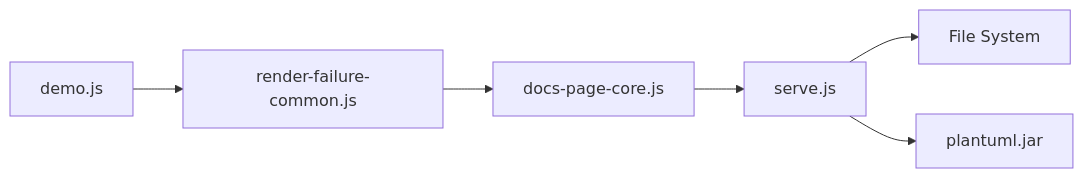
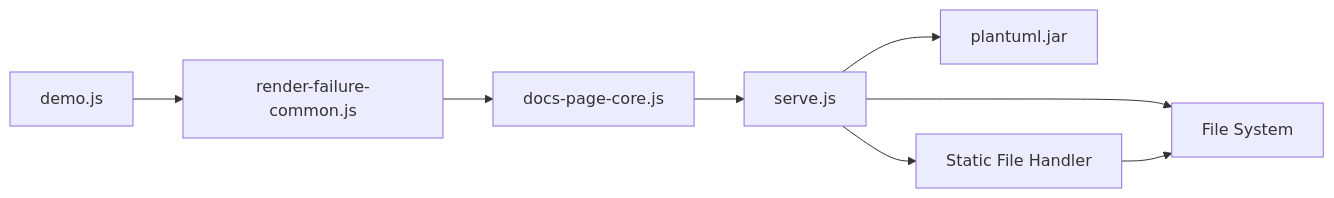
The third of 3 diagrams in .qoder/repowiki/en/content/API Reference/API Reference.md (pingwurth/code-to-uml), drawn with Mermaid before and after one commit. The commit also changed other lines of this file and 21 other files, not shown here.

Commit message:
chore(docs): 删除 Code-To-UML 介绍文档

````diff
--- a/.qoder/repowiki/en/content/API Reference/API Reference.md
+++ b/.qoder/repowiki/en/content/API Reference/API Reference.md
@@ -288,8 +354,10 @@
 ```mermaid
 graph LR
 Demo["demo.js"] --> Failure["render-failure-common.js"]
 Failure --> Core["docs-page-core.js"]
 Core --> Server["serve.js"]
 Server --> FS["File System"]
 Server --> Jar["plantuml.jar"]
+Server --> Static["Static File Handler"]
+Static --> FS
 ```
````
